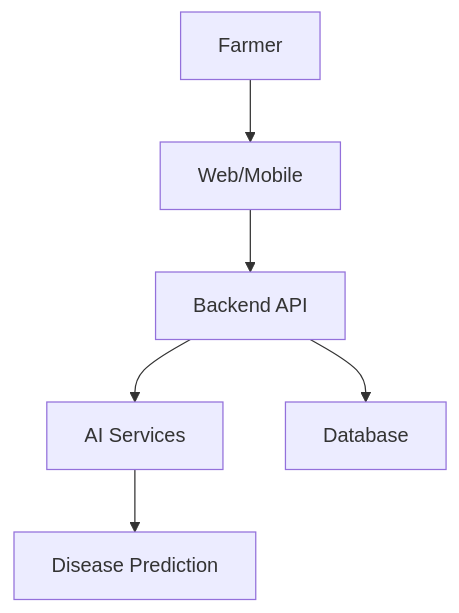
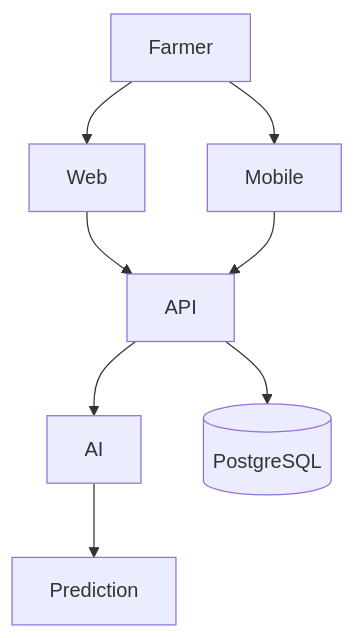
One commit to maneziezra/CropGuardAI changed the first of 2 diagrams in README.md. Above: the diagram before and after it, drawn with Mermaid. The commit also changed other lines of this file, not shown here.

````diff
--- a/README.md
+++ b/README.md
@@ -62,8 +48,10 @@
 ```mermaid
 flowchart TD
-A[Farmer] --> B[Web/Mobile]
-B --> C[Backend API]
-C --> D[AI Services]
-C --> E[Database]
-D --> F[Disease Prediction]
+Farmer-->Web
+Farmer-->Mobile
+Web-->API
+Mobile-->API
+API-->AI
+API-->DB[(PostgreSQL)]
+AI-->Prediction
 ```
````
